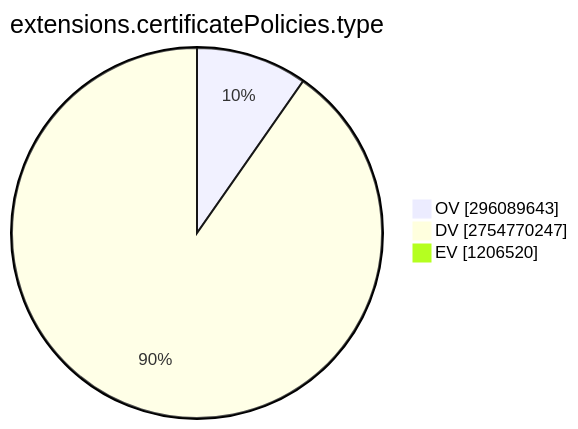
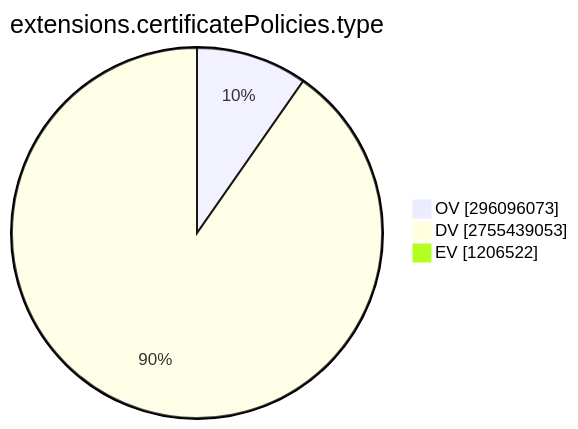
Before and after one commit to christiankrug/ctmonitor_visualization: the ninth of 15 diagrams in TOTAL/README.md, drawn with Mermaid. The commit also changed other lines of this file, not shown here.

````diff
--- a/TOTAL/README.md
+++ b/TOTAL/README.md
@@ -3099,7 +3099,7 @@
 ```mermaid
 pie showData
 title extensions.certificatePolicies.type
-"OV" :296089643
-"DV" :2754770247
-"EV" :1206520
+"OV" :296096073
+"DV" :2755439053
+"EV" :1206522
 ```
````
